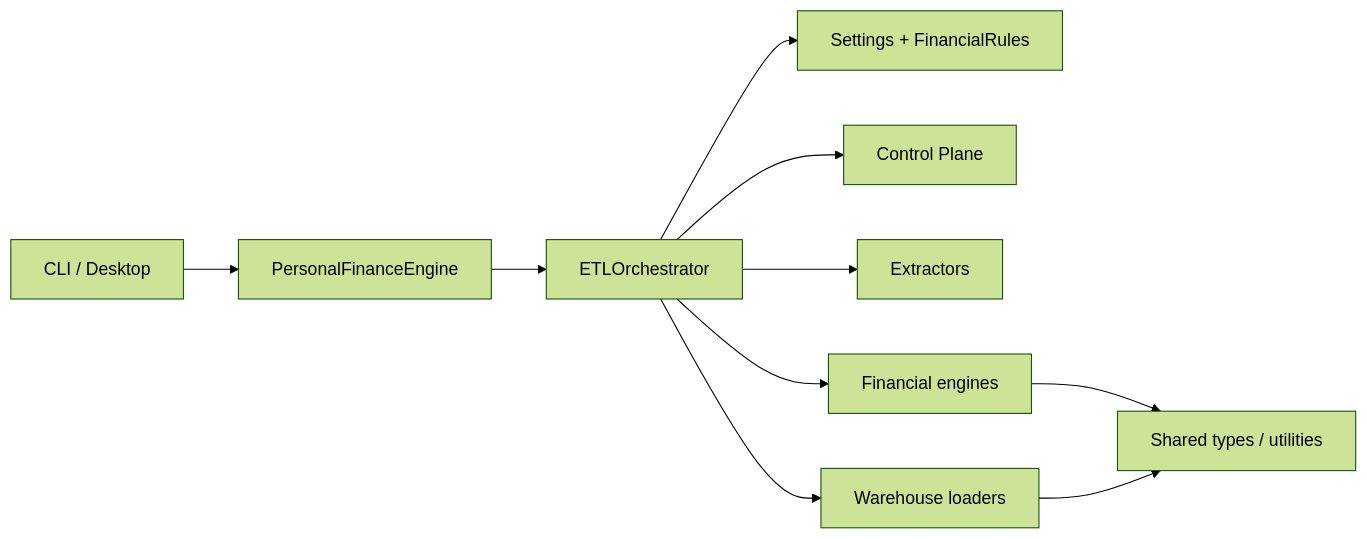
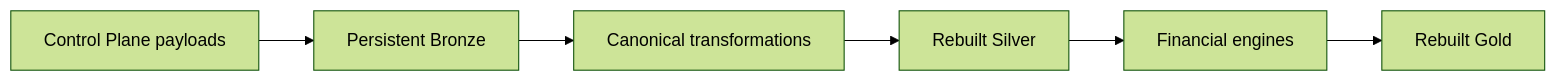
The fifth of 6 diagrams in docs/architecture/README.md (tks18/personal-finance-etl), drawn with Mermaid (forest theme) before and after one commit. The commit also changed other lines of this file and 10 other files, not shown here.

Commit message:
docs: update docs/architecture for latest version

````diff
--- a/docs/architecture/README.md
+++ b/docs/architecture/README.md
@@ -154,12 +223,8 @@
 ```mermaid
 flowchart LR
-    UI[CLI / Desktop] --> API[PersonalFinanceEngine]
-    API --> PIPE[ETLOrchestrator]
-    PIPE --> CONFIG[Settings + FinancialRules]
-    PIPE --> CP[Control Plane]
-    PIPE --> EXT[Extractors]
-    PIPE --> LOAD[Warehouse loaders]
-    PIPE --> ENGINES[Financial engines]
-    ENGINES --> TYPES[Shared types / utilities]
-    LOAD --> TYPES
+    CP[Control Plane payloads] --> BR[Persistent Bronze]
+    BR --> TR[Canonical transformations]
+    TR --> SI[Rebuilt Silver]
+    SI --> FI[Financial engines]
+    FI --> GO[Rebuilt Gold]
 ```
````
